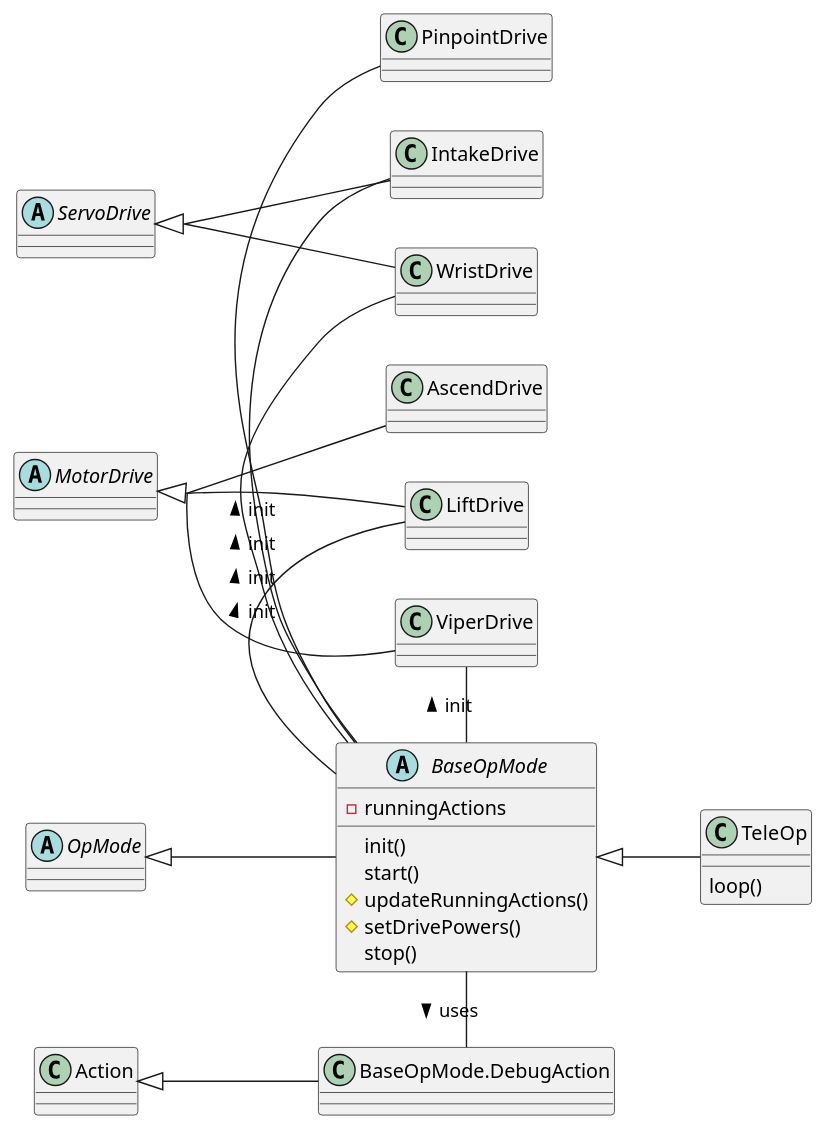
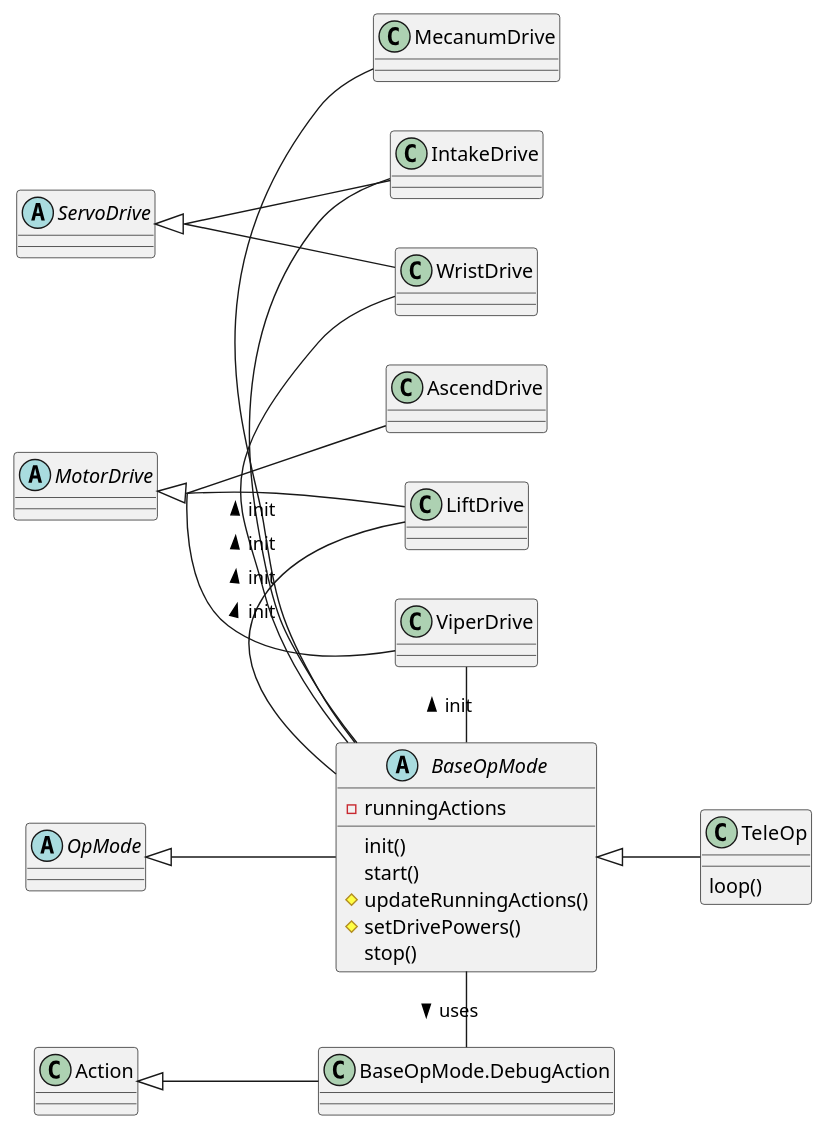
The diagram in TeamCode/src/main/java/org/firstinspires/ftc/teamcode/mm14691/TeleOp.puml (FTC14691-MechanicalMafia/2024_25_InToTheDeep_14691), drawn with PlantUML before and after one commit. The commit also changed 7 other files, not shown here.

Commit message:
updating the diagrams for getting rid of the pinpoint driver

```diff
--- a/TeamCode/src/main/java/org/firstinspires/ftc/teamcode/mm14691/TeleOp.puml
+++ b/TeamCode/src/main/java/org/firstinspires/ftc/teamcode/mm14691/TeleOp.puml
@@ -1,59 +1,59 @@
 @startuml
 'https://plantuml.com/class-diagram
 'left to right direction
 skinparam groupInheritance 2
 
 abstract class OpMode
 abstract class BaseOpMode {
   -runningActions
   init()
   start()
   #updateRunningActions()
   #setDrivePowers()
   stop()
 }
 class TeleOp {
   loop()
 }
 
 together {
     left to right direction
     abstract class MotorDrive
     class ViperDrive
     class LiftDrive
     class AscendDrive
 }
 
 together {
     abstract class ServoDrive
     class WristDrive
     class IntakeDrive
 }
 
 together {
-    class PinpointDrive
+    class MecanumDrive
 }
 
 set separator none
 class BaseOpMode.DebugAction
 
 OpMode <|-- BaseOpMode
 BaseOpMode <|-- TeleOp
 Action <|-- BaseOpMode.DebugAction
 BaseOpMode - BaseOpMode.DebugAction : uses >
 
 MotorDrive <|-- ViperDrive
 MotorDrive <|-- LiftDrive
 MotorDrive <|-- AscendDrive
 
 BaseOpMode - ViperDrive : init >
 BaseOpMode - LiftDrive : init >
 
 ServoDrive <|-- WristDrive
 ServoDrive <|-- IntakeDrive
 
 BaseOpMode - WristDrive : init >
 BaseOpMode - IntakeDrive : init >
 
-BaseOpMode - PinpointDrive : init >
+BaseOpMode - MecanumDrive : init >
 @enduml
```
